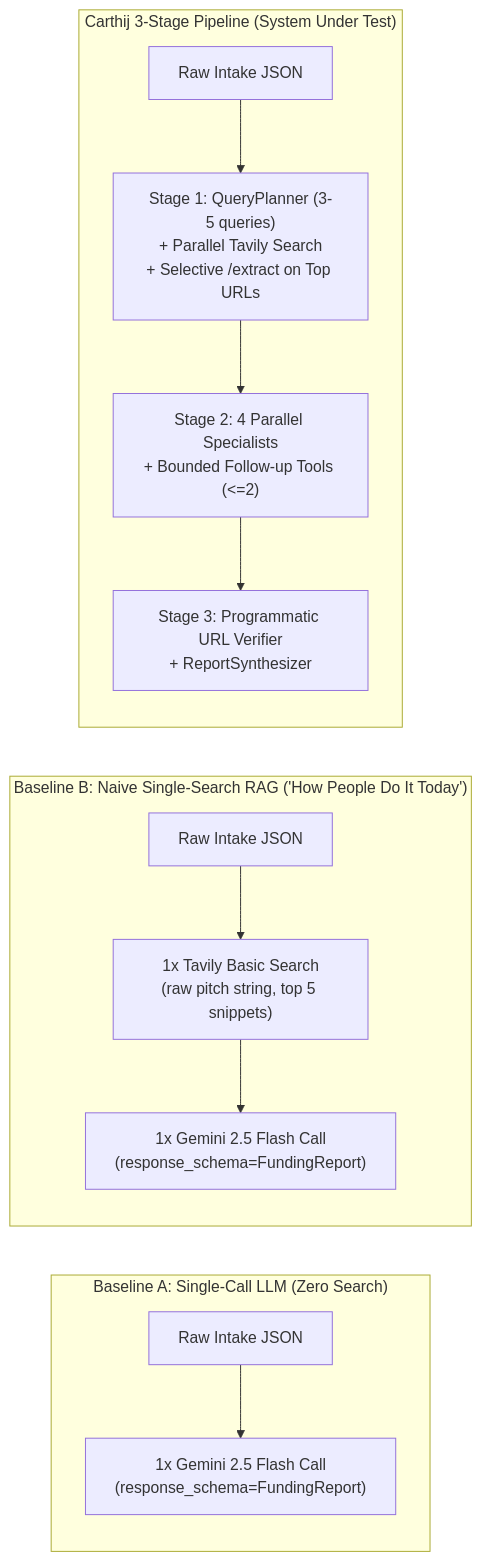
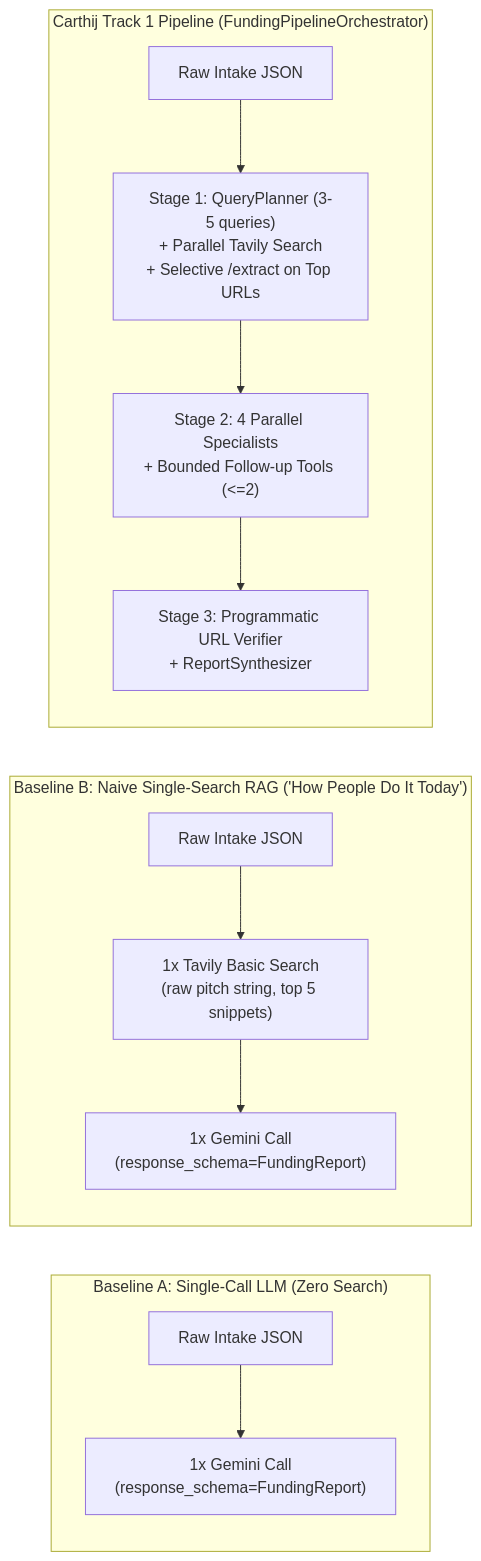
One commit to osujii191/carthij changed the first of 2 diagrams in docs/evaluation_plan.md. Above: the diagram before and after it, drawn with Mermaid. The commit also changed other lines of this file and 12 other files, not shown here.

````diff
--- a/docs/evaluation_plan.md
+++ b/docs/evaluation_plan.md
@@ -25,17 +27,17 @@
 ```mermaid
 flowchart LR
     subgraph B0["Baseline A: Single-Call LLM (Zero Search)"]
-        I0["Raw Intake JSON"] --> G0["1x Gemini 2.5 Flash Call<br/>(response_schema=FundingReport)"]
+        I0["Raw Intake JSON"] --> G0["1x Gemini Call<br/>(response_schema=FundingReport)"]
     end
 
     subgraph B1["Baseline B: Naive Single-Search RAG ('How People Do It Today')"]
         I1["Raw Intake JSON"] --> T1["1x Tavily Basic Search<br/>(raw pitch string, top 5 snippets)"]
-        T1 --> G1["1x Gemini 2.5 Flash Call<br/>(response_schema=FundingReport)"]
+        T1 --> G1["1x Gemini Call<br/>(response_schema=FundingReport)"]
     end
 
-    subgraph Full["Carthij 3-Stage Pipeline (System Under Test)"]
+    subgraph Full["Carthij Track 1 Pipeline (FundingPipelineOrchestrator)"]
         I2["Raw Intake JSON"] --> S1["Stage 1: QueryPlanner (3-5 queries)<br/>+ Parallel Tavily Search<br/>+ Selective /extract on Top URLs"]
         S1 --> S2["Stage 2: 4 Parallel Specialists<br/>+ Bounded Follow-up Tools (<=2)"]
         S2 --> S3["Stage 3: Programmatic URL Verifier<br/>+ ReportSynthesizer"]
     end
 ```
````
